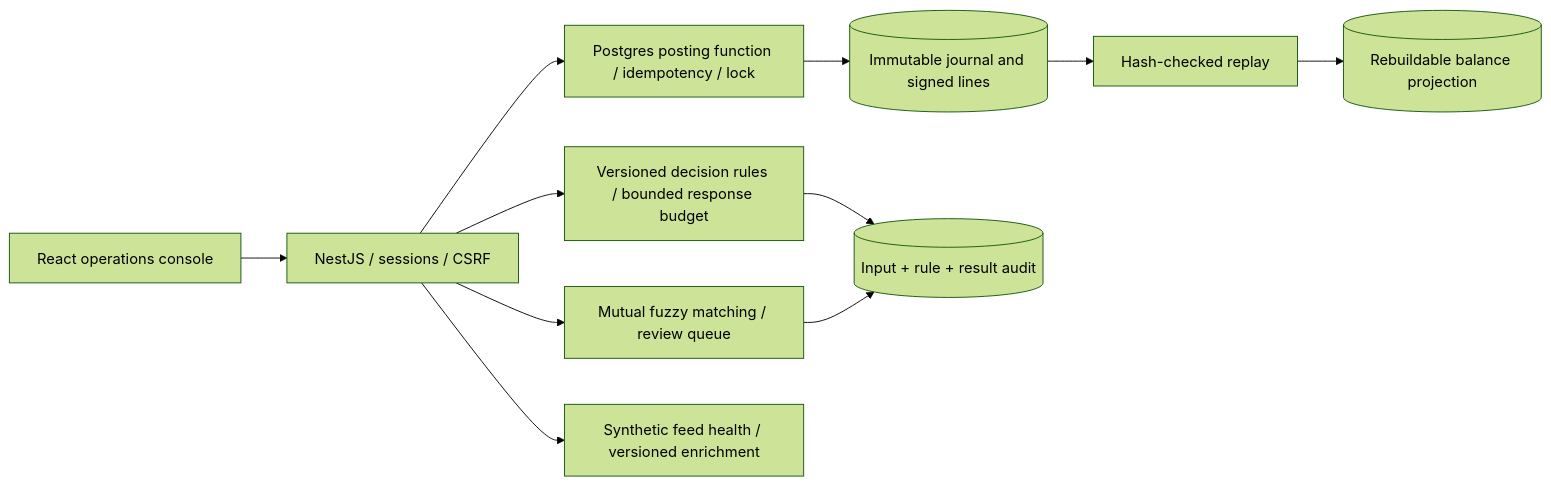
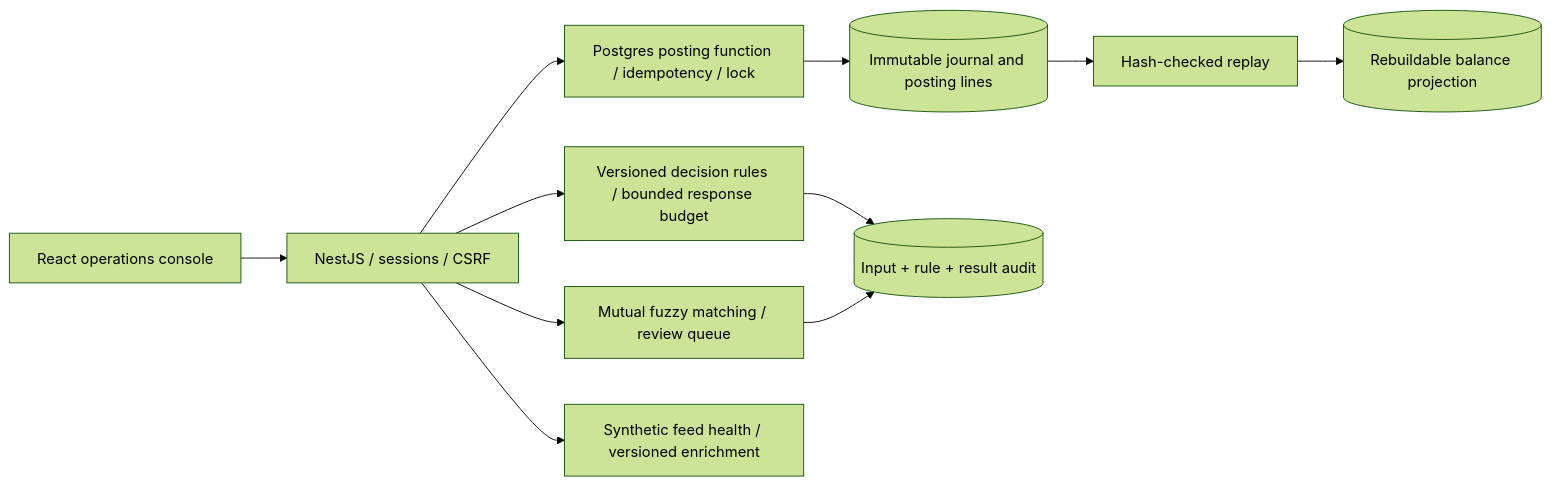
The diagram in README.md (rjrddy/tally), drawn with Mermaid (forest theme) before and after one commit. The commit also changed 23 other files, not shown here.

````diff
--- a/README.md
+++ b/README.md
@@ -13,13 +13,13 @@
 ```mermaid
 flowchart LR
     U[React operations console] --> A[NestJS / sessions / CSRF]
     A --> L[Postgres posting function / idempotency / lock]
-    L --> E[(Immutable journal and signed lines)]
+    L --> E[(Immutable journal and posting lines)]
     E --> R[Hash-checked replay]
     R --> B[(Rebuildable balance projection)]
     A --> D[Versioned decision rules / bounded response budget]
     D --> P[(Input + rule + result audit)]
     A --> M[Mutual fuzzy matching / review queue]
     M --> P
     A --> F[Synthetic feed health / versioned enrichment]
 ```
````
